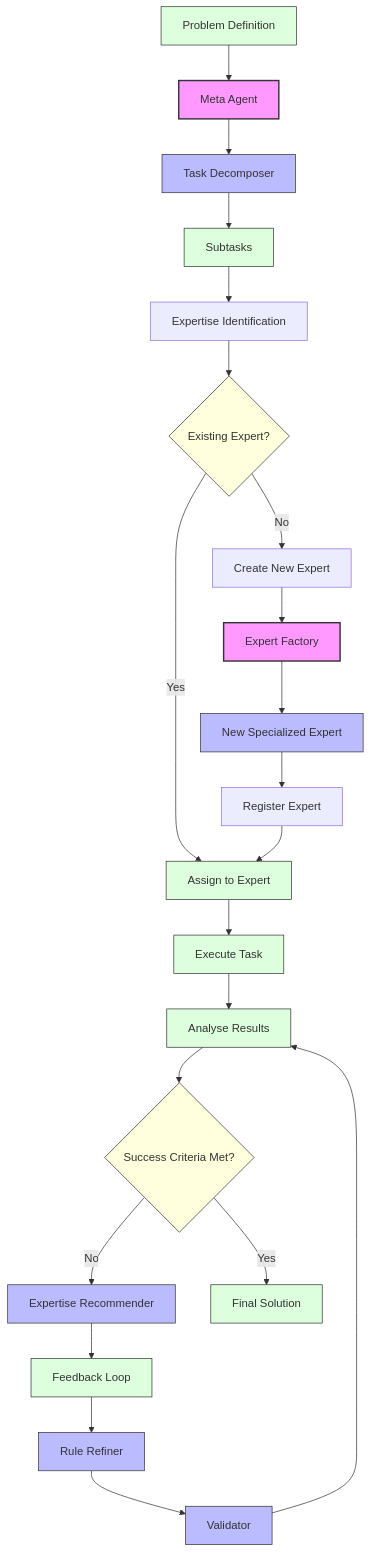
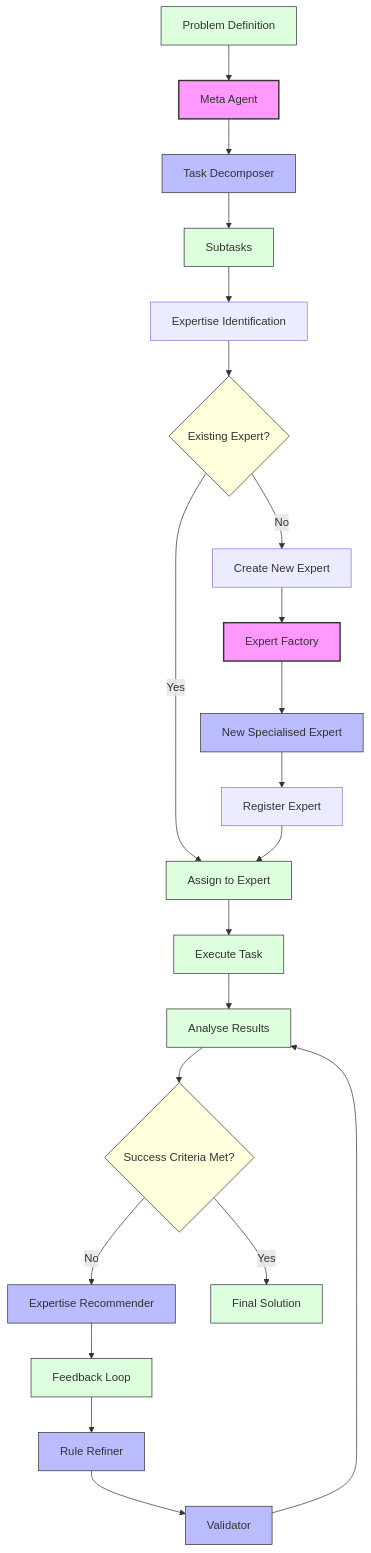
The diagram in README.md (xwrx-io/meta-agent), drawn with Mermaid before and after one commit. The commit also changed other lines of this file, not shown here.

````diff
--- a/README.md
+++ b/README.md
@@ -91,38 +110,38 @@
 ```mermaid
 graph TD
     Problem[Problem Definition] --> MetaAgent[Meta Agent]
     MetaAgent --> TaskDecomposer[Task Decomposer]
     TaskDecomposer --> Tasks[Subtasks]
     Tasks --> ExpertiseIdentification[Expertise Identification]
     
     ExpertiseIdentification --> ExistingExpert{Existing Expert?}
     ExistingExpert -->|Yes| AssignExpert[Assign to Expert]
     ExistingExpert -->|No| CreateExpert[Create New Expert]
     
     CreateExpert --> ExpertFactory[Expert Factory]
-    ExpertFactory --> NewExpert[New Specialized Expert]
+    ExpertFactory --> NewExpert[New Specialised Expert]
     NewExpert --> RegisterExpert[Register Expert]
     RegisterExpert --> AssignExpert
     
     AssignExpert --> TaskExecution[Execute Task]
     TaskExecution --> ResultsAnalysis[Analyse Results]
     
     ResultsAnalysis --> SuccessCriteria{Success Criteria Met?}
     SuccessCriteria -->|No| ExpertiseRecommender[Expertise Recommender]
     ExpertiseRecommender --> FeedbackLoop[Feedback Loop]
     FeedbackLoop --> RuleRefiner[Rule Refiner]
     RuleRefiner --> Validator[Validator]
     Validator --> ResultsAnalysis
     
     SuccessCriteria -->|Yes| FinalSolution[Final Solution]
     
     classDef core fill:#f9f,stroke:#333,stroke-width:2px;
     classDef expert fill:#bbf,stroke:#333,stroke-width:1px;
     classDef process fill:#dfd,stroke:#333,stroke-width:1px;
     classDef decision fill:#ffd,stroke:#333,stroke-width:1px;
     
     class MetaAgent,ExpertFactory core;
     class TaskDecomposer,NewExpert,ExpertiseRecommender,RuleRefiner,Validator expert;
     class Problem,Tasks,AssignExpert,TaskExecution,ResultsAnalysis,FeedbackLoop,FinalSolution process;
     class ExistingExpert,SuccessCriteria decision;
 ```
````
